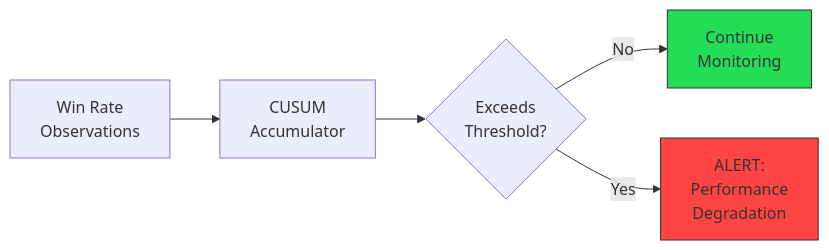
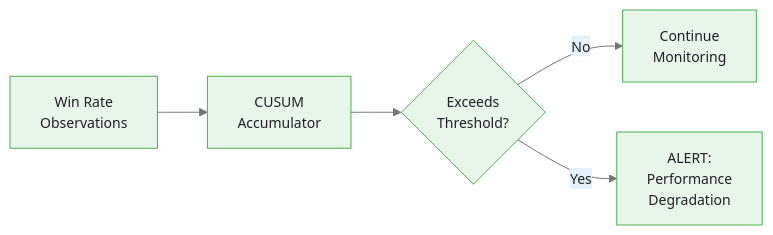
The second of 4 diagrams in courses/genai-commodities/modules/module_06_production/guides/02_monitoring_slides.md (m-deane/course-creator), drawn with Mermaid before and after one commit. The commit also changed other lines of this file and 84 other files, not shown here.

````diff
--- a/courses/genai-commodities/modules/module_06_production/guides/02_monitoring_slides.md
+++ b/courses/genai-commodities/modules/module_06_production/guides/02_monitoring_slides.md
@@ -101,10 +105,8 @@
 ```mermaid
+%%{init: {"theme": "base", "themeVariables": {"primaryColor": "#e8f5e9", "primaryBorderColor": "#4caf50", "primaryTextColor": "#212121", "secondaryColor": "#e3f2fd", "tertiaryColor": "#fff8e1", "lineColor": "#757575", "fontFamily": "Inter, sans-serif", "fontSize": "14px"}}}%%
 flowchart LR
     A[Win Rate<br/>Observations] --> B[CUSUM<br/>Accumulator]
     B --> C{Exceeds<br/>Threshold?}
     C -->|No| D[Continue<br/>Monitoring]
     C -->|Yes| E[ALERT:<br/>Performance<br/>Degradation]
-
-    style E fill:#f44,stroke:#333
-    style D fill:#2d5,stroke:#333
 ```
````
